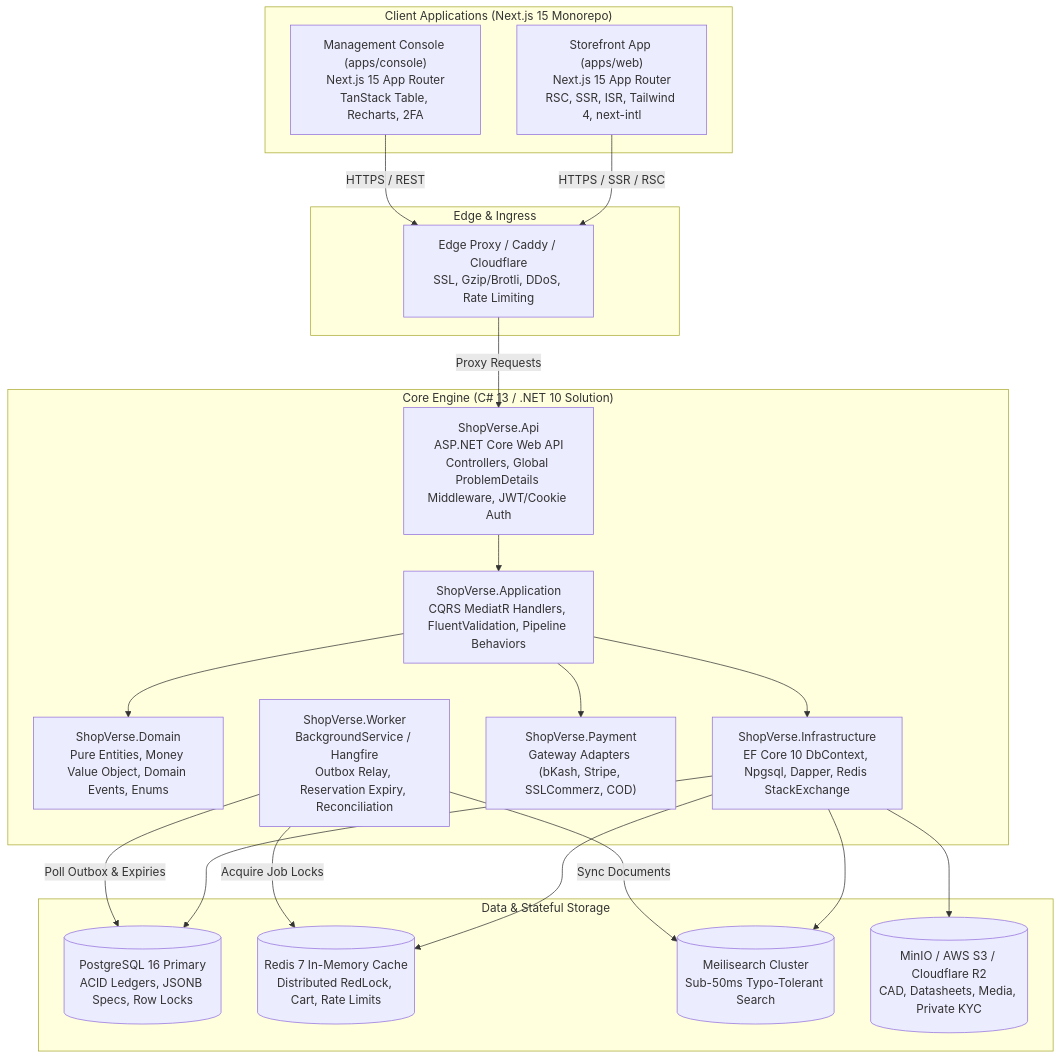
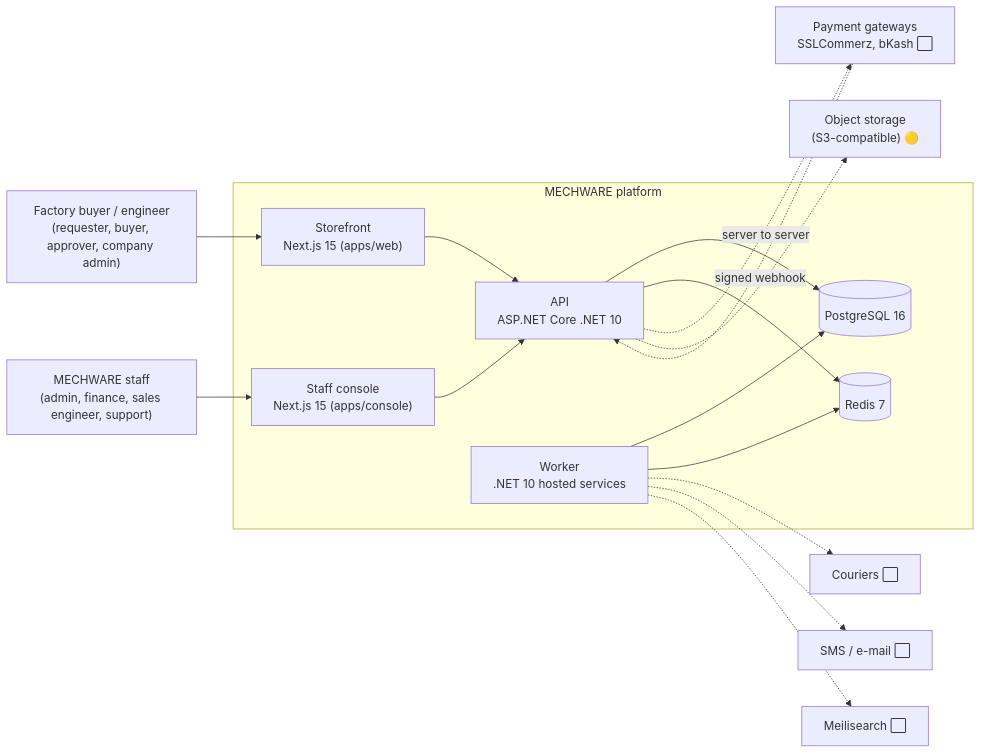
The first of 2 diagrams in docs/ARCHITECTURE.md (parvezmosharof2-commits/mechware-), drawn with Mermaid before and after one commit. The commit also changed other lines of this file and 6 other files, not shown here.

First line of the commit message:
docs: ARCHITECTURE.md v2 from the code and brief v2; MW- order numbers in ADR-0003

````diff
--- a/docs/ARCHITECTURE.md
+++ b/docs/ARCHITECTURE.md
@@ -51,45 +17,31 @@
 ```mermaid
-flowchart TD
-    subgraph ClientTier ["Client Applications (Next.js 15 Monorepo)"]
-        WebStore["Storefront App (apps/web)\nNext.js 15 App Router\nRSC, SSR, ISR, Tailwind 4, next-intl"]
-        AdminConsole["Management Console (apps/console)\nNext.js 15 App Router\nTanStack Table, Recharts, 2FA"]
+flowchart LR
+    Buyer["Factory buyer / engineer<br/>(requester, buyer, approver, company admin)"]
+    Staff["MECHWARE staff<br/>(admin, finance, sales engineer, support)"]
+    subgraph Platform["MECHWARE platform"]
+        Web["Storefront<br/>Next.js 15 (apps/web)"]
+        Console["Staff console<br/>Next.js 15 (apps/console)"]
+        Api["API<br/>ASP.NET Core .NET 10"]
+        Worker["Worker<br/>.NET 10 hosted services"]
+        Pg[("PostgreSQL 16")]
+        Redis[("Redis 7")]
     end
+    Pay["Payment gateways<br/>SSLCommerz, bKash ⬜"]
+    Courier["Couriers ⬜"]
+    Sms["SMS / e-mail ⬜"]
+    Search["Meilisearch ⬜"]
+    Store["Object storage<br/>(S3-compatible) 🟡"]
 
-    subgraph EdgeTier ["Edge & Ingress"]
-        CaddyNginx["Edge Proxy / Caddy / Cloudflare\nSSL, Gzip/Brotli, DDoS, Rate Limiting"]
-    end
-
-    subgraph CoreBackend ["Core Engine (C# 13 / .NET 10 Solution)"]
-        WebApi["ShopVerse.Api\nASP.NET Core Web API\nControllers, Global ProblemDetails Middleware, JWT/Cookie Auth"]
-        AppLayer["ShopVerse.Application\nCQRS MediatR Handlers, FluentValidation, Pipeline Behaviors"]
-        DomainLayer["ShopVerse.Domain\nPure Entities, Money Value Object, Domain Events, Enums"]
-        InfraLayer["ShopVerse.Infrastructure\nEF Core 10 DbContext, Npgsql, Dapper, Redis StackExchange"]
-        PayModule["ShopVerse.Payment\nGateway Adapters (bKash, Stripe, SSLCommerz, COD)"]
-        WorkerService["ShopVerse.Worker\nBackgroundService / Hangfire\nOutbox Relay, Reservation Expiry, Reconciliation"]
-    end
-
-    subgraph DataTier ["Data & Stateful Storage"]
-        PostgresDB[("PostgreSQL 16 Primary\nACID Ledgers, JSONB Specs, Row Locks")]
-        RedisCache[("Redis 7 In-Memory Cache\nDistributed RedLock, Cart, Rate Limits")]
-        MeiliSearch[("Meilisearch Cluster\nSub-50ms Typo-Tolerant Search")]
-        S3Storage[("MinIO / AWS S3 / Cloudflare R2\nCAD, Datasheets, Media, Private KYC")]
-    end
-
-    WebStore -->|"HTTPS / SSR / RSC"| CaddyNginx
-    AdminConsole -->|"HTTPS / REST"| CaddyNginx
-    CaddyNginx -->|"Proxy Requests"| WebApi
-
-    WebApi --> AppLayer
-    AppLayer --> DomainLayer
-    AppLayer --> InfraLayer
-    AppLayer --> PayModule
-    
-    InfraLayer --> PostgresDB
-    InfraLayer --> RedisCache
-    InfraLayer --> MeiliSearch
-    InfraLayer --> S3Storage
-
-    WorkerService -->|"Poll Outbox & Expiries"| PostgresDB
-    WorkerService -->|"Sync Documents"| MeiliSearch
-    WorkerService -->|"Acquire Job Locks"| RedisCache
+    Buyer --> Web --> Api
+    Staff --> Console --> Api
+    Api --> Pg
+    Api --> Redis
+    Worker --> Pg
+    Worker --> Redis
+    Api -. server to server .-> Pay
+    Pay -. signed webhook .-> Api
+    Worker -.-> Courier
+    Worker -.-> Sms
+    Worker -.-> Search
+    Api -.-> Store
 ```
````
